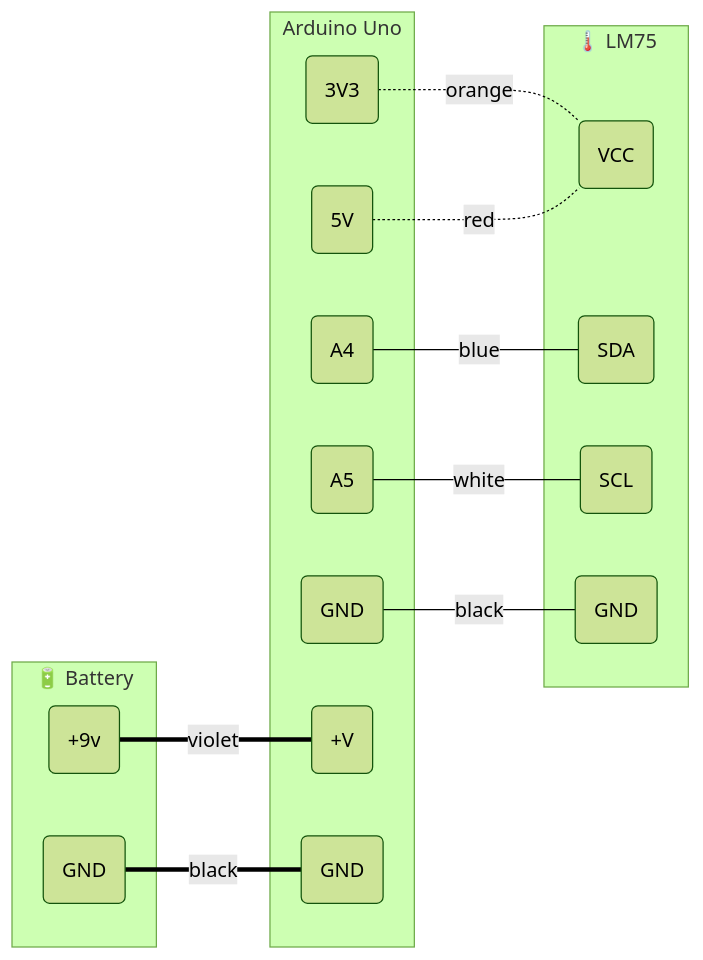
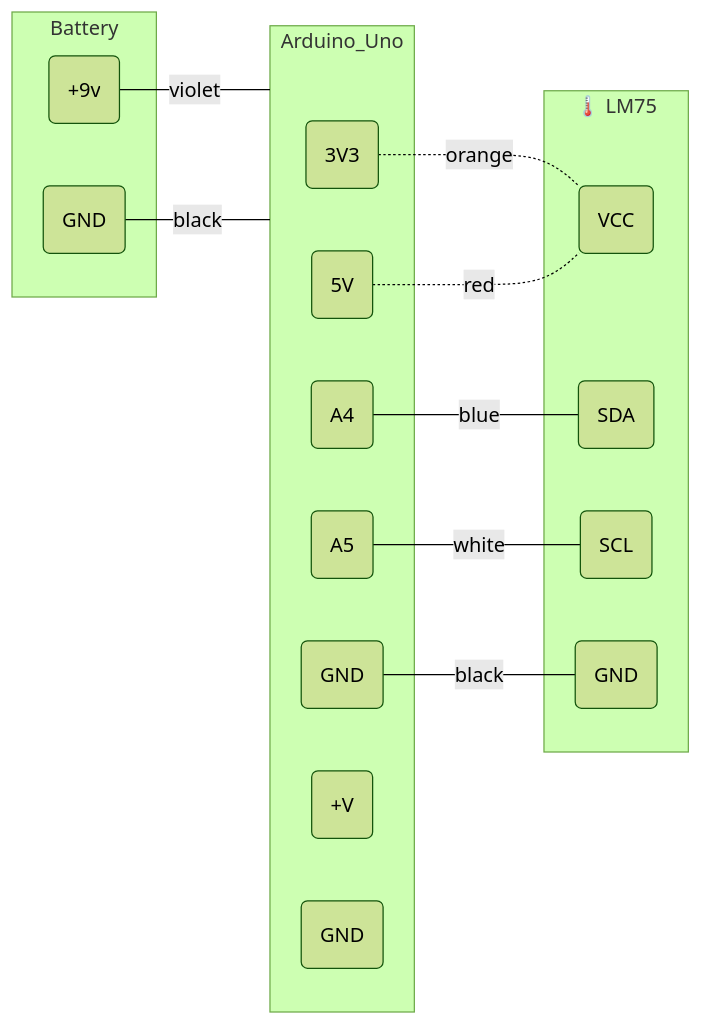
Before and after one commit to jochen4errors/colorcodes: the first of 2 diagrams in wires.md, drawn with Mermaid (forest theme). The commit also changed other lines of this file and 2 other files, not shown here.

````diff
--- a/wires.md
+++ b/wires.md
@@ -19,32 +19,32 @@
 ```mermaid
 flowchart LR;
   Uno_3V3-.-|orange|L75_VCC
   Uno_5V-.-|red|L75_VCC
   Uno_A4---|blue|L75_SDA
   Uno_A5---|white|L75_SCL
   Uno_GND---|black|L75_GND
-  Battery_V(+9v)===|violet|Uno_Battery_Plug+(+V)
-  Battery_GND(GND)===|black|Uno_Battery_Plug-(GND)
+  Battery_V(+9v)---|violet|Arduino_Uno
+  Battery_GND(GND)---|black|Arduino_Uno
   
   subgraph "🌡️ LM75"
     L75_VCC(VCC)
     L75_GND(GND)
     L75_SDA(SDA)
     L75_SCL(SCL)
   end
 
-  subgraph "Arduino Uno"
+  subgraph Arduino_Uno
     Uno_3V3(3V3)
     Uno_5V(5V)
     Uno_GND(GND)
     Uno_A4(A4)
     Uno_A5(A5)
     Uno_Battery_Plug+(+V)
     Uno_Battery_Plug-(GND)
   end
 
-  subgraph "🔋 Battery"
+  subgraph "Battery"
     Battery_V(+9v)
     Battery_GND(GND)
   end
-```
+ ```
````
